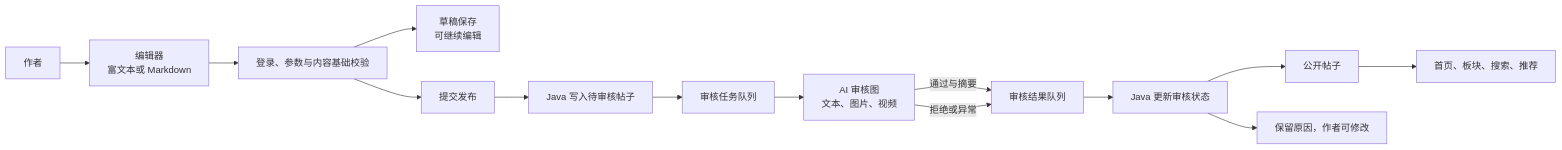
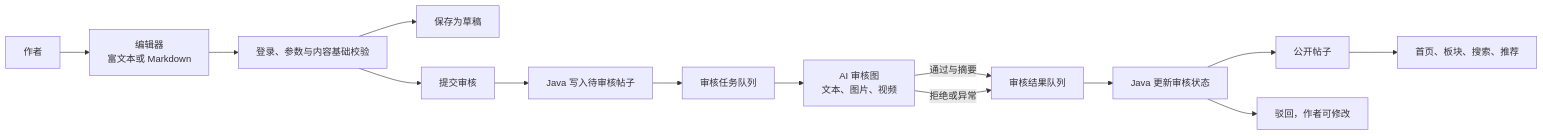
Before and after one commit to pluchon/mengmeng_forum: the third of 19 diagrams in README.md, drawn with Mermaid. The commit also changed other lines of this file, not shown here.

````diff
--- a/README.md
+++ b/README.md
@@ -70,16 +93,16 @@
 ```mermaid
 flowchart LR
   U["作者"] --> E["编辑器<br/>富文本或 Markdown"]
   E --> V["登录、参数与内容基础校验"]
-  V --> D["草稿保存<br/>可继续编辑"]
-  V --> P["提交发布"]
+  V --> D["保存为草稿"]
+  V --> P["提交审核"]
   P --> S["Java 写入待审核帖子"]
   S --> MQ["审核任务队列"]
   MQ --> A["AI 审核图<br/>文本、图片、视频"]
   A -->|通过与摘要| MR["审核结果队列"]
   A -->|拒绝或异常| MR
   MR --> R["Java 更新审核状态"]
   R --> OK["公开帖子"]
-  R --> NO["保留原因，作者可修改"]
+  R --> NO["驳回，作者可修改"]
   OK --> H["首页、板块、搜索、推荐"]
 ```
````
